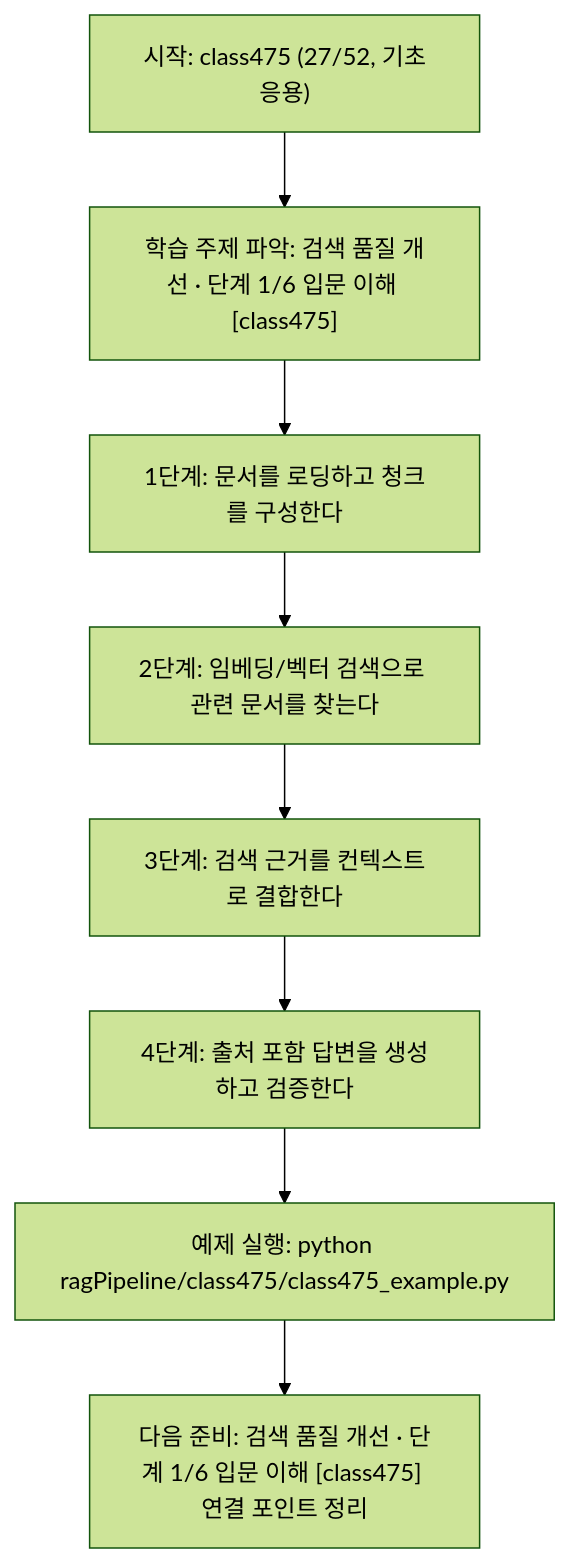
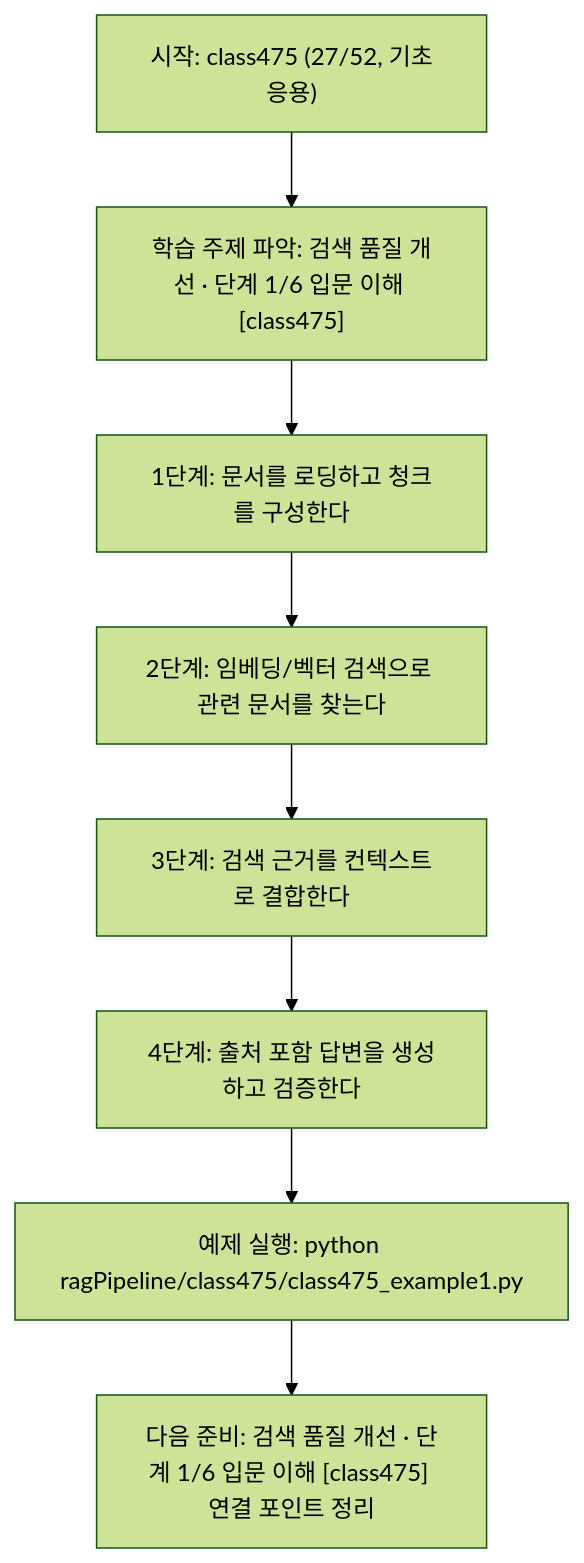
One commit to edumgt/Python-AI_Agent-Class changed the diagram in ragPipeline/class475/class475.md. Above: the diagram before and after it, drawn with Mermaid (forest theme). The commit also changed other lines of this file and 2959 other files, not shown here.

````diff
--- a/ragPipeline/class475/class475.md
+++ b/ragPipeline/class475/class475.md
@@ -111,18 +111,18 @@
 ```mermaid
 flowchart TD
 N1["시작: class475 (27/52, 기초응용)"]
 N2["학습 주제 파악: 검색 품질 개선 · 단계 1/6 입문 이해 [class475]"]
 N3["1단계: 문서를 로딩하고 청크를 구성한다"]
 N4["2단계: 임베딩/벡터 검색으로 관련 문서를 찾는다"]
 N5["3단계: 검색 근거를 컨텍스트로 결합한다"]
 N6["4단계: 출처 포함 답변을 생성하고 검증한다"]
-N7["예제 실행: python ragPipeline/class475/class475_example.py"]
+N7["예제 실행: python ragPipeline/class475/class475_example1.py"]
 N8["다음 준비: 검색 품질 개선 · 단계 1/6 입문 이해 [class475] 연결 포인트 정리"]
 N1 --> N2
 N2 --> N3
 N3 --> N4
 N4 --> N5
 N5 --> N6
 N6 --> N7
 N7 --> N8
 ```
````
